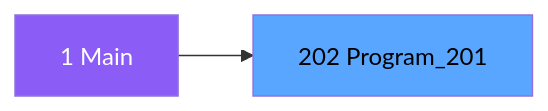
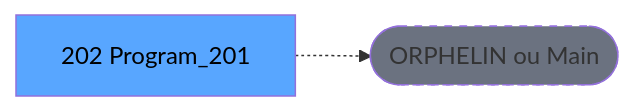
Before and after one commit to thonyAGP/lecteur-magic: the second of 3 diagrams in .openspec/renders/ADH-IDE-202.md, drawn with Mermaid. The commit also changed other lines of this file and 701 other files, not shown here.

````diff
--- a/.openspec/renders/ADH-IDE-202.md
+++ b/.openspec/renders/ADH-IDE-202.md
@@ -105,8 +117,8 @@
 ```mermaid
 graph LR
-    M[1 Main]
     T[202 Program_201]
-    M --> T
-    style M fill:#8b5cf6,color:#fff
+    ORPHAN([ORPHELIN ou Main])
+    T -.-> ORPHAN
     style T fill:#58a6ff,color:#000
+    style ORPHAN fill:#6b7280,stroke-dasharray: 5 5
 ```
````
